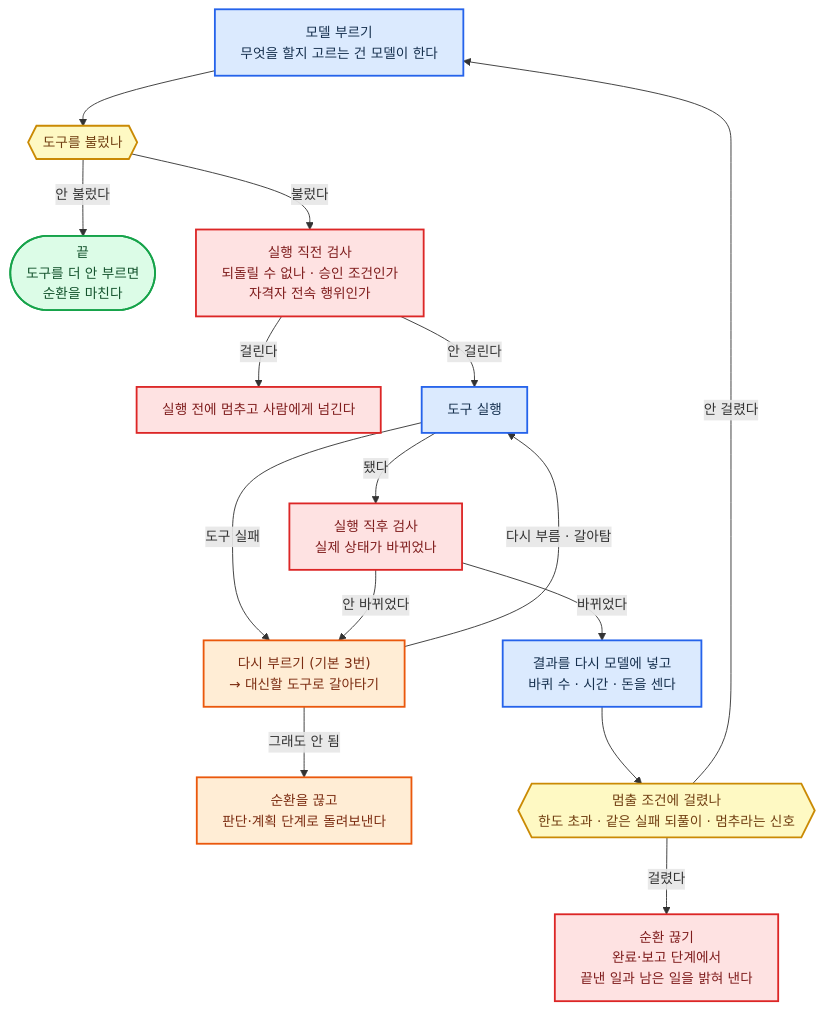
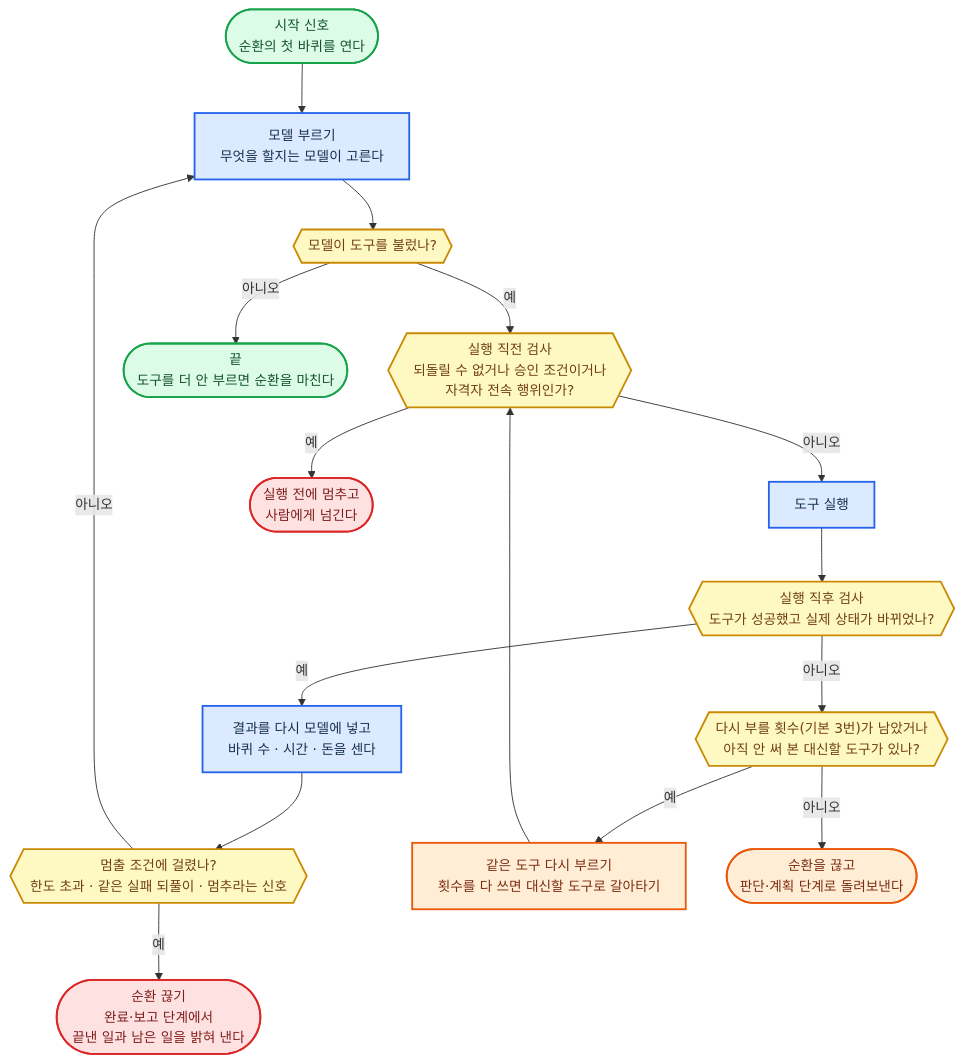
One commit to harisbaguette/expert changed the seventh of 8 diagrams in 전문가 에이전트 정의 1.md. Above: the diagram before and after it, drawn with Mermaid. The commit also changed other lines of this file, not shown here.

Commit message:
실행 제어 순서도를 정석 순서도 규칙에 맞게 다시 그림 (정의 1)
- 시작 신호에서 출발하고, 모든 갈래가 끝 도형(캡슐)으로 끝나게 함
- 갈림은 판단 도형에서만 일어나게 하고, 판단은 물음으로, 갈래는 예·아니오로 적음
- 도구 실패와 상태 안 바뀜을 실행 직후 검사 판단 하나로 합침
- 다시 부르기·갈아타기도 실행 직전 검사부터 다시 거치게 이음

````diff
--- a/전문가 에이전트 정의 1.md
+++ b/전문가 에이전트 정의 1.md
@@ -1082,35 +1082,35 @@
 ```mermaid
 %%{init: {"flowchart": {"wrappingWidth": 640, "curve": "basis", "nodeSpacing": 45, "rankSpacing": 55, "padding": 14, "useMaxWidth": true}, "themeVariables": {"fontSize": "15px"}} }%%
 flowchart TB
-    M["모델 부르기<br/>무엇을 할지 고르는 건 모델이 한다"]:::main
-    QQ{{"도구를 불렀나"}}:::note
-    DONE(["끝<br/>도구를 더 안 부르면<br/>순환을 마친다"]):::good
-    PRE["실행 직전 검사<br/>되돌릴 수 없나 · 승인 조건인가<br/>자격자 전속 행위인가"]:::stop
-    HUM["실행 전에 멈추고 사람에게 넘긴다"]:::stop
+    START(["시작 신호<br/>순환의 첫 바퀴를 연다"]):::good
+    M["모델 부르기<br/>무엇을 할지는 모델이 고른다"]:::main
+    QQ{{"모델이 도구를 불렀나?"}}:::note
+    PRE{{"실행 직전 검사<br/>되돌릴 수 없거나 승인 조건이거나<br/>자격자 전속 행위인가?"}}:::note
     T["도구 실행"]:::main
-    RETRY["다시 부르기 (기본 3번)<br/>→ 대신할 도구로 갈아타기"]:::back
-    PLAN["순환을 끊고<br/>판단·계획 단계로 돌려보낸다"]:::back
-    POST["실행 직후 검사<br/>실제 상태가 바뀌었나"]:::stop
+    POST{{"실행 직후 검사<br/>도구가 성공했고 실제 상태가 바뀌었나?"}}:::note
     BACK["결과를 다시 모델에 넣고<br/>바퀴 수 · 시간 · 돈을 센다"]:::main
-    CNT{{"멈출 조건에 걸렸나<br/>한도 초과 · 같은 실패 되풀이 · 멈추라는 신호"}}:::note
-    STOPN["순환 끊기<br/>완료·보고 단계에서<br/>끝낸 일과 남은 일을 밝혀 낸다"]:::stop
-    M --> QQ
-    QQ -- "안 불렀다" --> DONE
-    QQ -- "불렀다" --> PRE
-    PRE -- "걸린다" --> HUM
-    PRE -- "안 걸린다" --> T
-    T -- "도구 실패" --> RETRY
-    T -- "됐다" --> POST
-    POST -- "안 바뀌었다" --> RETRY
-    POST -- "바뀌었다" --> BACK --> CNT
-    RETRY -- "다시 부름 · 갈아탐" --> T
-    RETRY -- "그래도 안 됨" --> PLAN
-    CNT -- "걸렸다" --> STOPN
-    CNT -- "안 걸렸다" --> M
+    CNT{{"멈출 조건에 걸렸나?<br/>한도 초과 · 같은 실패 되풀이 · 멈추라는 신호"}}:::note
+    STOPN(["순환 끊기<br/>완료·보고 단계에서<br/>끝낸 일과 남은 일을 밝혀 낸다"]):::stop
+    RETRY_Q{{"다시 부를 횟수(기본 3번)가 남았거나<br/>아직 안 써 본 대신할 도구가 있나?"}}:::note
+    RETRY["같은 도구 다시 부르기<br/>횟수를 다 쓰면 대신할 도구로 갈아타기"]:::back
+    PLAN(["순환을 끊고<br/>판단·계획 단계로 돌려보낸다"]):::back
+    DONE(["끝<br/>도구를 더 안 부르면 순환을 마친다"]):::good
+    HUM(["실행 전에 멈추고<br/>사람에게 넘긴다"]):::stop
+    START --> M --> QQ
+    QQ -- "예" --> PRE
+    QQ -- "아니오" --> DONE
+    PRE -- "아니오" --> T --> POST
+    PRE -- "예" --> HUM
+    POST -- "예" --> BACK --> CNT
+    POST -- "아니오" --> RETRY_Q
+    RETRY_Q -- "예" --> RETRY --> PRE
+    RETRY_Q -- "아니오" --> PLAN
+    CNT -- "예" --> STOPN
+    CNT -- "아니오" --> M
     classDef main fill:#dbeafe,stroke:#2563eb,stroke-width:2px,color:#17314f
     classDef stop fill:#fee2e2,stroke:#dc2626,stroke-width:2px,color:#7f1d1d
     classDef back fill:#ffedd5,stroke:#ea580c,stroke-width:2px,color:#7c2d12
     classDef store fill:#e5e7eb,stroke:#6b7280,stroke-width:2px,color:#1f2937
     classDef good fill:#dcfce7,stroke:#16a34a,stroke-width:2px,color:#14532d
     classDef note fill:#fef9c3,stroke:#ca8a04,stroke-width:2px,color:#713f12
 ```
````
